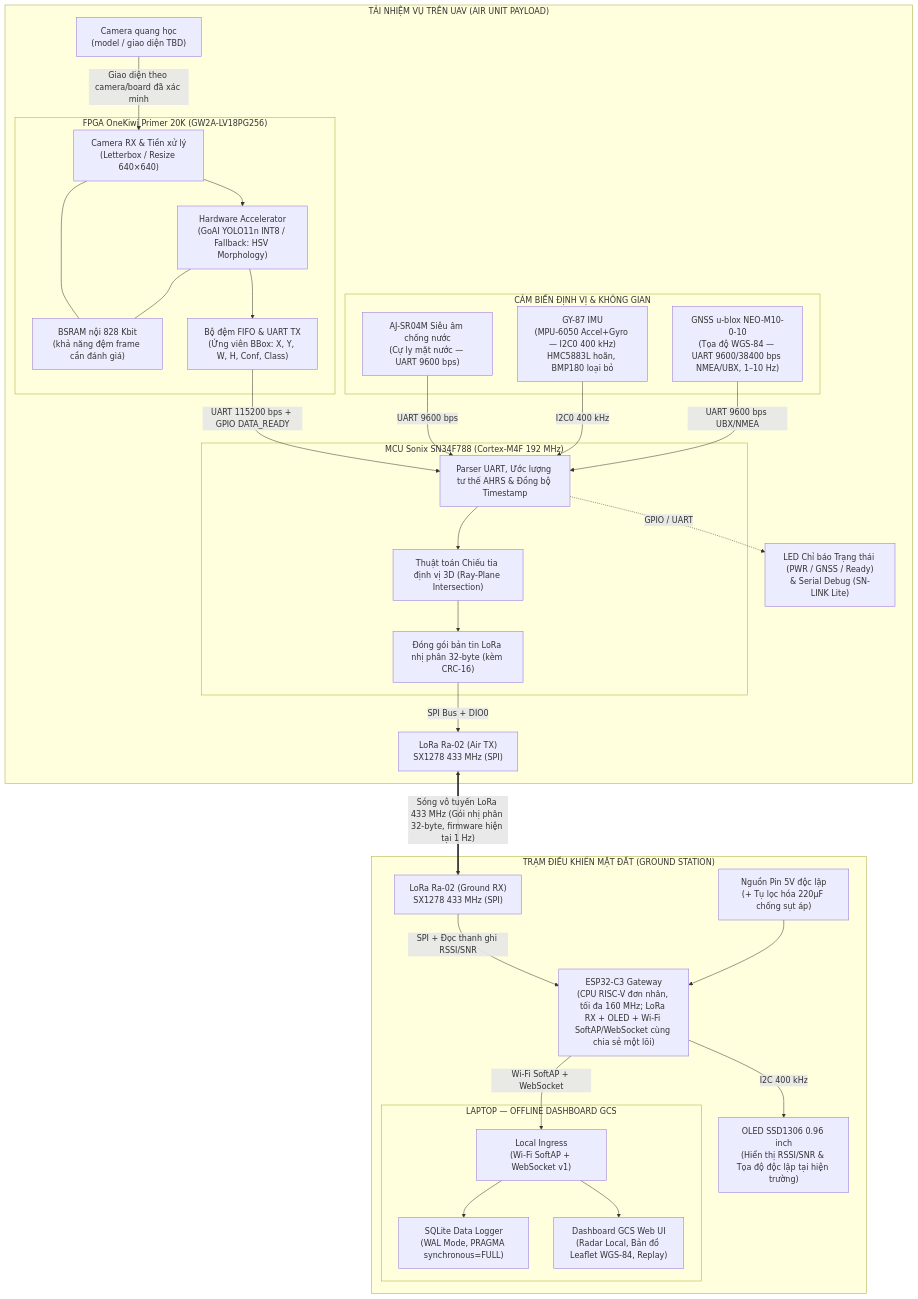
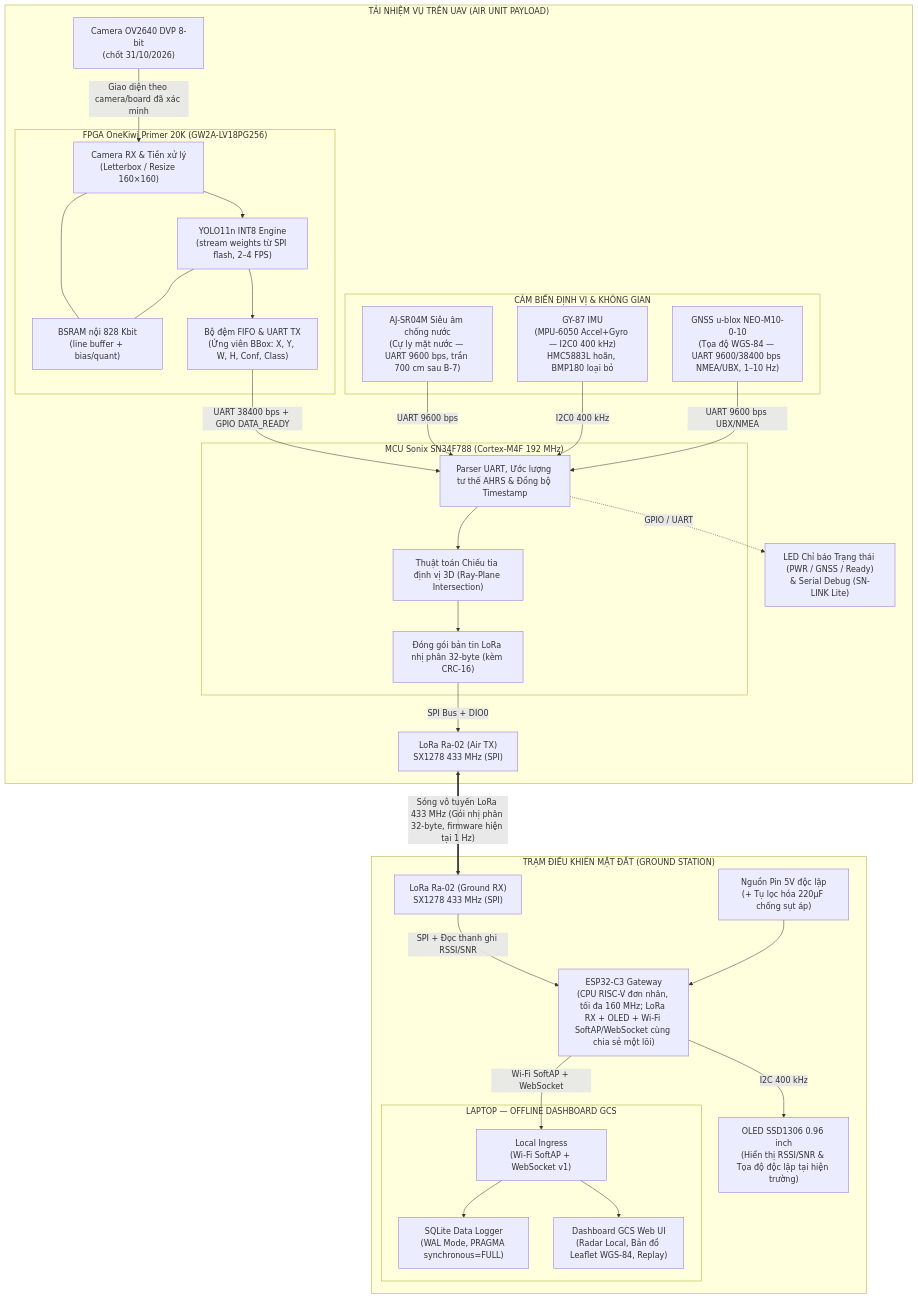
The diagram in docs/architecture/KVC_ThietKeHeThong.md (duyphong375/uav_payload), drawn with Mermaid before and after one commit. The commit also changed other lines of this file and 20 other files, not shown here.

````diff
--- a/docs/architecture/KVC_ThietKeHeThong.md
+++ b/docs/architecture/KVC_ThietKeHeThong.md
@@ -87,59 +87,59 @@
 ```mermaid
 flowchart TB
     subgraph AIR["TẢI NHIỆM VỤ TRÊN UAV (AIR UNIT PAYLOAD)"]
-        CAM["Camera quang học<br/>(model / giao diện TBD)"]
+        CAM["Camera OV2640 DVP 8-bit<br/>(chốt 31/10/2026)"]
         subgraph FPGA_BOX["FPGA OneKiwi Primer 20K (GW2A-LV18PG256)"]
-            RX["Camera RX & Tiền xử lý<br/>(Letterbox / Resize 640×640)"]
-            MEM["BSRAM nội 828 Kbit<br/>(khả năng đệm frame cần đánh giá)"]
-            AI["Hardware Accelerator<br/>(GoAI YOLO11n INT8 / Fallback: HSV Morphology)"]
+            RX["Camera RX & Tiền xử lý<br/>(Letterbox / Resize 160×160)"]
+            MEM["BSRAM nội 828 Kbit<br/>(line buffer + bias/quant)"]
+            AI["YOLO11n INT8 Engine<br/>(stream weights từ SPI flash, 2–4 FPS)"]
             TX["Bộ đệm FIFO & UART TX<br/>(Ứng viên BBox: X, Y, W, H, Conf, Class)"]
             RX --- MEM
             RX --> AI
             AI --- MEM
             AI --> TX
         end
         subgraph MCU_AIR["MCU Sonix SN34F788 (Cortex-M4F 192 MHz)"]
             FUSION["Parser UART, Ước lượng tư thế AHRS & Đồng bộ Timestamp"]
             GEOREF["Thuật toán Chiếu tia định vị 3D (Ray-Plane Intersection)"]
             PACKET["Đóng gói bản tin LoRa nhị phân 32-byte (kèm CRC-16)"]
             FUSION --> GEOREF --> PACKET
         end
         subgraph SENSORS["CẢM BIẾN ĐỊNH VỊ & KHÔNG GIAN"]
-            ULTRASONIC["AJ-SR04M Siêu âm chống nước<br/>(Cự ly mặt nước — UART 9600 bps)"]
+            ULTRASONIC["AJ-SR04M Siêu âm chống nước<br/>(Cự ly mặt nước — UART 9600 bps, trần 700 cm sau B-7)"]
             IMU["GY-87 IMU<br/>(MPU-6050 Accel+Gyro — I2C0 400 kHz)<br/>HMC5883L hoãn, BMP180 loại bỏ"]
             GNSS["GNSS u-blox NEO-M10-0-10<br/>(Tọa độ WGS-84 — UART 9600/38400 bps NMEA/UBX, 1–10 Hz)"]
         end
         RF1["LoRa Ra-02 (Air TX)<br/>SX1278 433 MHz (SPI)"]
         LED_STATUS["LED Chỉ báo Trạng thái (PWR / GNSS / Ready)<br/>& Serial Debug (SN-LINK Lite)"]
 
         CAM -->|Giao diện theo camera/board đã xác minh| RX
-        TX -->|UART 115200 bps + GPIO DATA_READY| FUSION
+        TX -->|UART 38400 bps + GPIO DATA_READY| FUSION
         ULTRASONIC -->|UART 9600 bps| FUSION
         IMU -->|I2C0 400 kHz| FUSION
         GNSS -->|UART 9600 bps UBX/NMEA| FUSION
         PACKET -->|SPI Bus + DIO0| RF1
         FUSION -.->|GPIO / UART| LED_STATUS
     end
 
     subgraph GROUND["TRẠM ĐIỀU KHIỂN MẶT ĐẤT (GROUND STATION)"]
         RF2["LoRa Ra-02 (Ground RX)<br/>SX1278 433 MHz (SPI)"]
         MCU_GND["ESP32-C3 Gateway<br/>(CPU RISC-V đơn nhân, tối đa 160 MHz; LoRa RX + OLED + Wi-Fi SoftAP/WebSocket cùng chia sẻ một lõi)"]
         OLED_GND["OLED SSD1306 0.96 inch<br/>(Hiển thị RSSI/SNR & Tọa độ độc lập tại hiện trường)"]
         PWR["Nguồn Pin 5V độc lập<br/>(+ Tụ lọc hóa 220µF chống sụt áp)"]
 
         subgraph PC["LAPTOP — OFFLINE DASHBOARD GCS"]
             INGRESS["Local Ingress<br/>(Wi-Fi SoftAP + WebSocket v1)"]
             DB["SQLite Data Logger<br/>(WAL Mode, PRAGMA synchronous=FULL)"]
             UI["Dashboard GCS Web UI<br/>(Radar Local, Bản đồ Leaflet WGS-84, Replay)"]
             INGRESS --> DB
             INGRESS --> UI
         end
 
         RF2 -->|SPI + Đọc thanh ghi RSSI/SNR| MCU_GND
         PWR --> MCU_GND
         MCU_GND -->|I2C 400 kHz| OLED_GND
         MCU_GND -->|Wi-Fi SoftAP + WebSocket| INGRESS
     end
 
     RF1 <==>|"Sóng vô tuyến LoRa 433 MHz (Gói nhị phân 32-byte, firmware hiện tại 1 Hz)"| RF2
 ```
````
